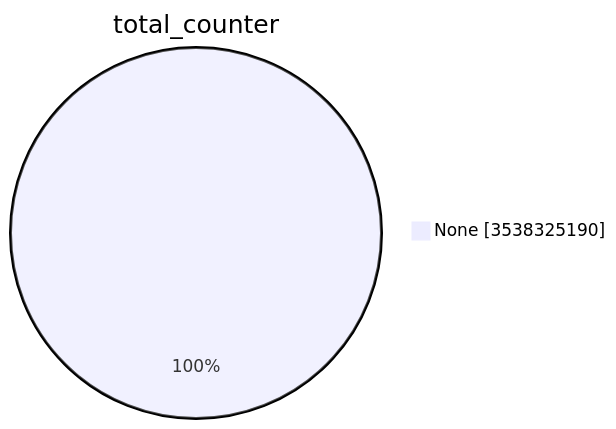
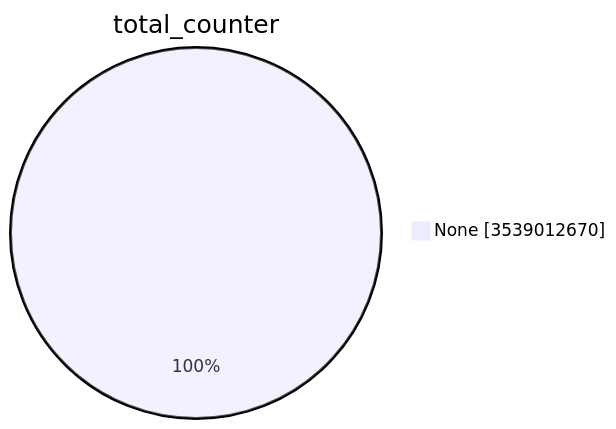
Before and after one commit to christiankrug/ctmonitor_visualization: the first of 15 diagrams in TOTAL/README.md, drawn with Mermaid. The commit also changed other lines of this file, not shown here.

````diff
--- a/TOTAL/README.md
+++ b/TOTAL/README.md
@@ -1,5 +1,5 @@
 ```mermaid
 pie showData
 title total_counter
-"None" :3538325190
+"None" :3539012670
 ```
````
